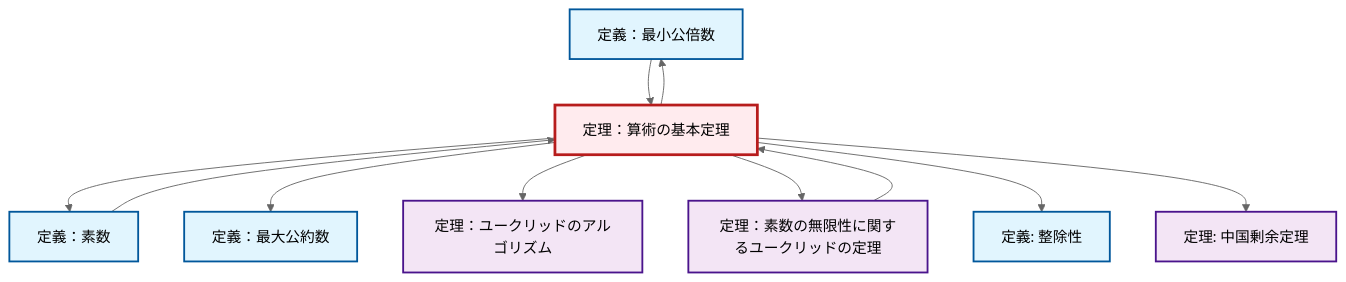
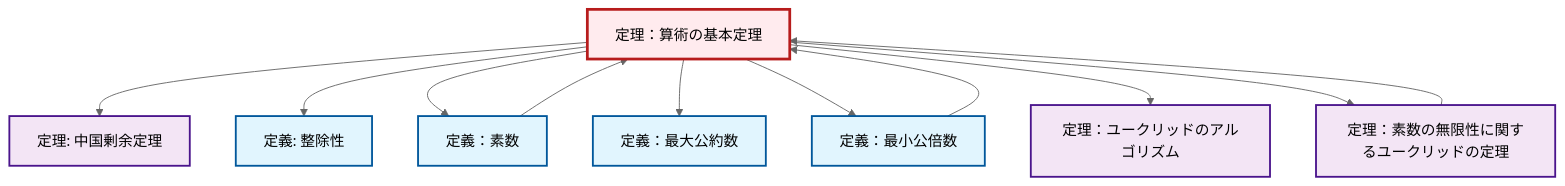
The diagram in content/ja/number-theory/thm-fundamental-arithmetic.qmd (RK0429/ModernMath), drawn with Mermaid (neutral theme) before and after one commit. The commit also changed other lines of this file and 328 other files, not shown here.

````diff
--- a/content/ja/number-theory/thm-fundamental-arithmetic.qmd
+++ b/content/ja/number-theory/thm-fundamental-arithmetic.qmd
@@ -73,35 +73,35 @@
 ```{mermaid}
 %%| fig-cap: "ローカル依存関係グラフ"
 graph TD
     classDef definition fill:#e1f5fe,stroke:#01579b,stroke-width:2px
     classDef theorem fill:#f3e5f5,stroke:#4a148c,stroke-width:2px
     classDef axiom fill:#fff3e0,stroke:#e65100,stroke-width:2px
     classDef example fill:#e8f5e9,stroke:#1b5e20,stroke-width:2px
     classDef current fill:#ffebee,stroke:#b71c1c,stroke-width:3px
+    thm-fundamental-arithmetic["定理：算術の基本定理"]:::theorem
+    thm-chinese-remainder["定理: 中国剰余定理"]:::theorem
+    def-lcm["定義：最小公倍数"]:::definition
     thm-euclidean-algorithm["定理：ユークリッドのアルゴリズム"]:::theorem
-    def-lcm["定義：最小公倍数"]:::definition
+    def-divisibility["定義: 整除性"]:::definition
     def-gcd["定義：最大公約数"]:::definition
     thm-euclid-infinitude-primes["定理：素数の無限性に関するユークリッドの定理"]:::theorem
     def-prime["定義：素数"]:::definition
-    thm-fundamental-arithmetic["定理：算術の基本定理"]:::theorem
-    thm-chinese-remainder["定理: 中国剰余定理"]:::theorem
-    def-divisibility["定義: 整除性"]:::definition
+    thm-fundamental-arithmetic --> thm-chinese-remainder
+    thm-fundamental-arithmetic --> def-divisibility
+    def-prime --> thm-fundamental-arithmetic
+    thm-fundamental-arithmetic --> def-prime
+    thm-fundamental-arithmetic --> def-gcd
     thm-euclid-infinitude-primes --> thm-fundamental-arithmetic
-    thm-fundamental-arithmetic --> def-prime
     thm-fundamental-arithmetic --> def-lcm
-    thm-fundamental-arithmetic --> def-gcd
-    def-prime --> thm-fundamental-arithmetic
     thm-fundamental-arithmetic --> thm-euclidean-algorithm
+    def-lcm --> thm-fundamental-arithmetic
     thm-fundamental-arithmetic --> thm-euclid-infinitude-primes
-    def-lcm --> thm-fundamental-arithmetic
-    thm-fundamental-arithmetic --> def-divisibility
-    thm-fundamental-arithmetic --> thm-chinese-remainder
     class thm-fundamental-arithmetic current
+    click thm-chinese-remainder "thm-chinese-remainder.html" "中国剰余定理の定理へ"
+    click def-lcm "def-lcm.html" "定義：最小公倍数へ"
     click thm-euclidean-algorithm "thm-euclidean-algorithm.html" "定理：ユークリッドのアルゴリズムへ"
-    click def-lcm "def-lcm.html" "定義：最小公倍数へ"
+    click def-divisibility "def-divisibility.html" "整除性の定義へ"
     click def-gcd "def-gcd.html" "定義：最大公約数へ"
     click thm-euclid-infinitude-primes "thm-euclid-infinitude-primes.html" "定理：素数の無限性に関するユークリッドの定理へ"
     click def-prime "def-prime.html" "定義：素数へ"
-    click thm-chinese-remainder "thm-chinese-remainder.html" "中国剰余定理の定理へ"
-    click def-divisibility "def-divisibility.html" "整除性の定義へ"
 ```
````
